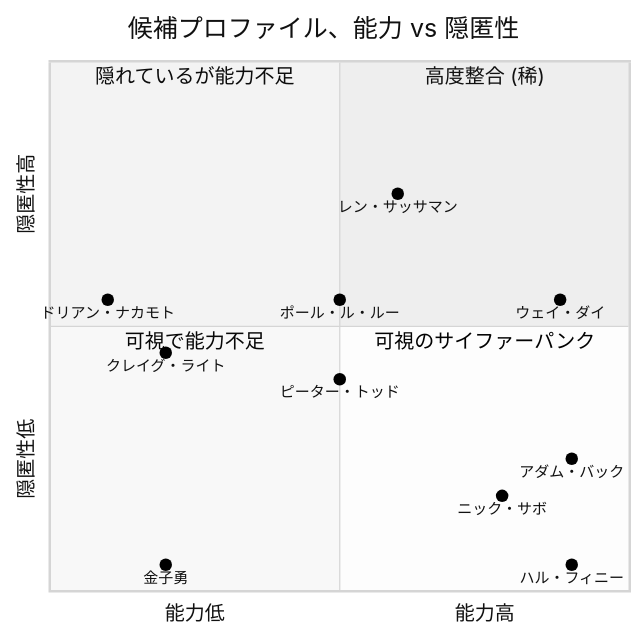
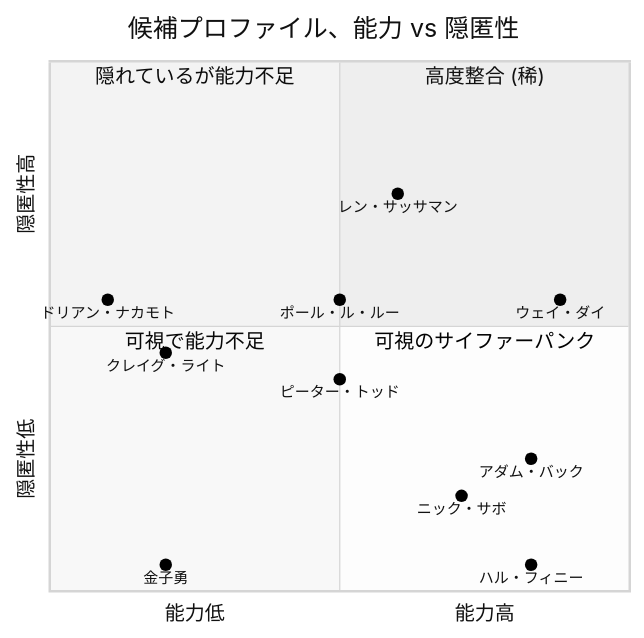
One commit to cypher256/BitcoinArchive changed the diagram in src/data/translations/ja/analysis/2008-10-31-satoshi-identity-hypotheses-overview.md. Above: the diagram before and after it, drawn with Mermaid (neutral theme). The commit also changed 1 other file, not shown here.

Commit message:
Quadrant chart: shift Adam Back / Hal Finney / Nick Szabo left to preserve relative spacing after Wei Dai pull-in
Commit 2cda80a9 pulled Wei Dai inward from x=0.95 to x=0.88 (-0.07) so
the long katakana label fits inside the chart frame. The other three
high-capability cypherpunk candidates were left at their original x:

  Adam Back, Hal Finney: x=0.9 (originally 0.05 LEFT of Wei Dai)
  Nick Szabo: x=0.78 (originally 0.15 LEFT of Wei Dai, after cb918a48 nudge)

After the Wei Dai shift these three ended up to the *right of* Wei Dai,
inverting the original ordering documented in commit 4c3c745c
(initial chart placement).

Restore the original relative spacing by shifting all three left by the
same -0.07 that was applied to Wei Dai:

  Adam Back: 0.9  -> 0.83
  Hal Finney: 0.9 -> 0.83
  Nick Szabo: 0.78 -> 0.71

Y coordinates unchanged. Original differences (Adam-vs-Hal vertical
separation, Szabo-vs-Adam labelclear nudge) are preserved.

Both en and ja updated.

````diff
--- a/src/data/translations/ja/analysis/2008-10-31-satoshi-identity-hypotheses-overview.md
+++ b/src/data/translations/ja/analysis/2008-10-31-satoshi-identity-hypotheses-overview.md
@@ -144,20 +144,20 @@
 ```mermaid
 quadrantChart
     title 候補プロファイル、能力 vs 隠匿性
     x-axis "能力低" --> "能力高"
     y-axis "隠匿性低" --> "隠匿性高"
     quadrant-1 "高度整合 (稀)"
     quadrant-2 "隠れているが能力不足"
     quadrant-3 "可視で能力不足"
     quadrant-4 "可視のサイファーパンク"
     "ウェイ・ダイ": [0.88, 0.55]
-    "アダム・バック": [0.9, 0.25]
-    "ハル・フィニー": [0.9, 0.05]
-    "ニック・サボ": [0.78, 0.18]
+    "アダム・バック": [0.83, 0.25]
+    "ハル・フィニー": [0.83, 0.05]
+    "ニック・サボ": [0.71, 0.18]
     "レン・サッサマン": [0.6, 0.75]
     "ポール・ル・ルー": [0.5, 0.55]
     "ピーター・トッド": [0.5, 0.4]
     "クレイグ・ライト": [0.2, 0.45]
     "ドリアン・ナカモト": [0.1, 0.55]
     "金子勇": [0.2, 0.05]
 ```
````
